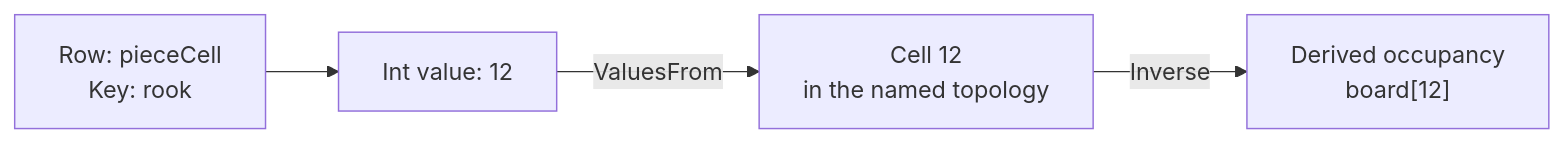
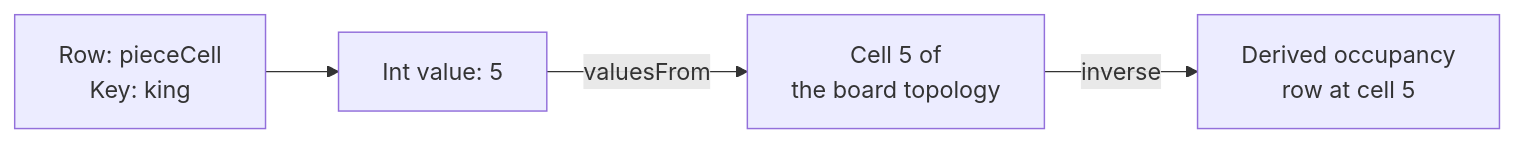
The first of 2 diagrams in docs/reference/state/data-model.md (ByteTerrace/Puck), drawn with Mermaid before and after one commit. The commit also changed other lines of this file and 4567 other files, not shown here.

````diff
--- a/docs/reference/state/data-model.md
+++ b/docs/reference/state/data-model.md
@@ -23,6 +90,6 @@
 ```mermaid
 flowchart LR
-    Address["Row: pieceCell<br/>Key: rook"] --> Value["Int value: 12"]
-    Value -- "ValuesFrom" --> Cell["Cell 12<br/>in the named topology"]
-    Cell -- "Inverse" --> Board["Derived occupancy<br/>board[12]"]
+    Address["Row: pieceCell<br/>Key: king"] --> Value["Int value: 5"]
+    Value -- "valuesFrom" --> Cell["Cell 5 of<br/>the board topology"]
+    Cell -- "inverse" --> Occupancy["Derived occupancy<br/>row at cell 5"]
 ```
````
